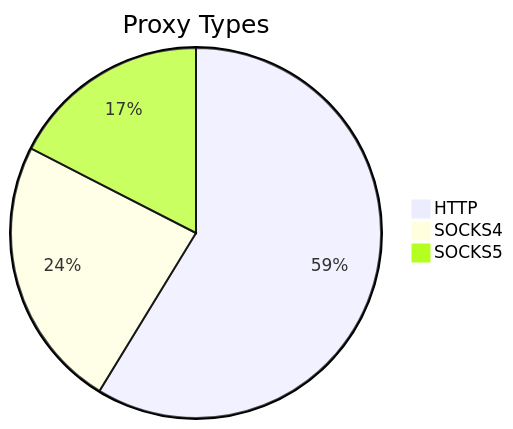
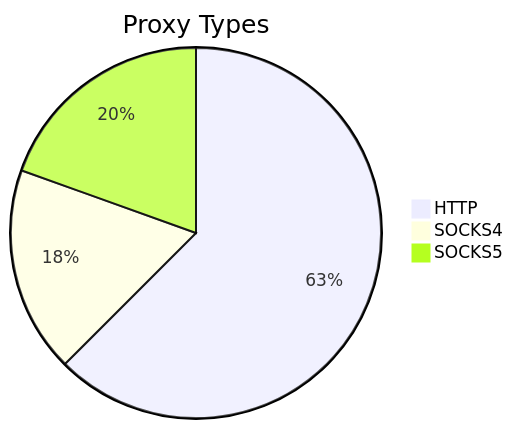
The first of 2 diagrams in README.md (stormsia/proxy-list), drawn with Mermaid before and after one commit. The commit also changed other lines of this file, not shown here.

````diff
--- a/README.md
+++ b/README.md
@@ -21,6 +21,6 @@
 ```mermaid
 pie title Proxy Types
-    "HTTP" : 259
-    "SOCKS4" : 105
-    "SOCKS5" : 77
+    "HTTP" : 285
+    "SOCKS4" : 82
+    "SOCKS5" : 89
 ```
````
